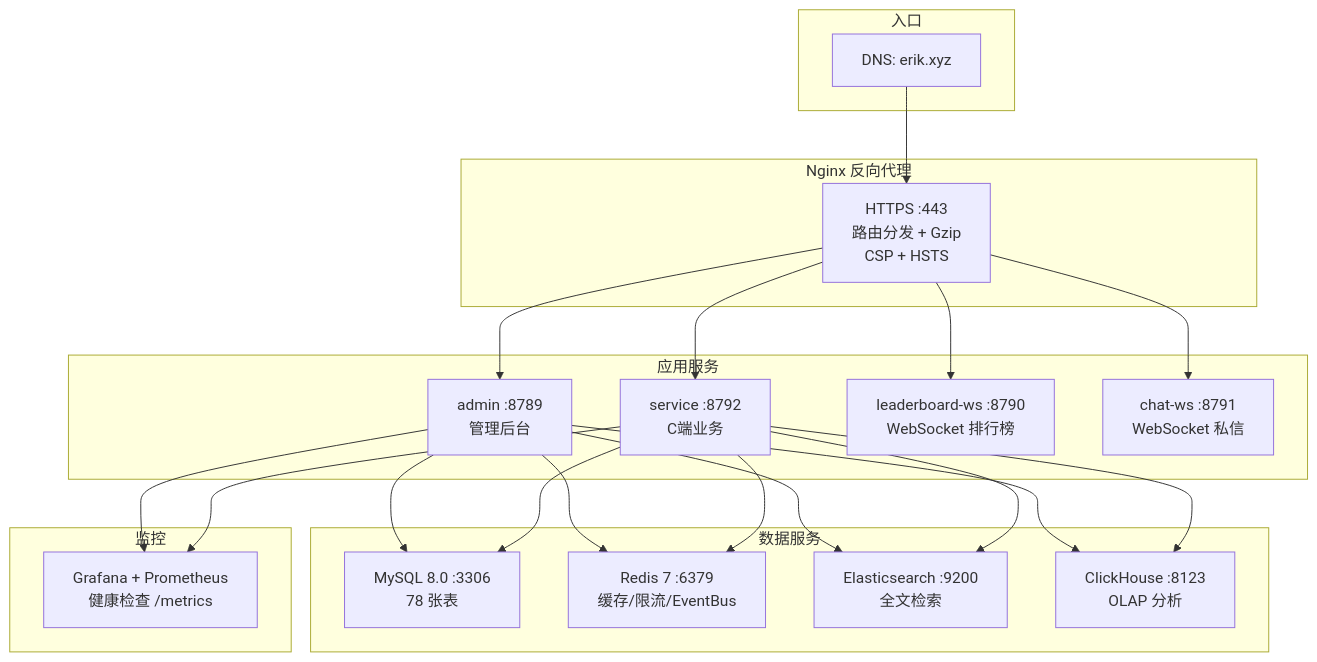
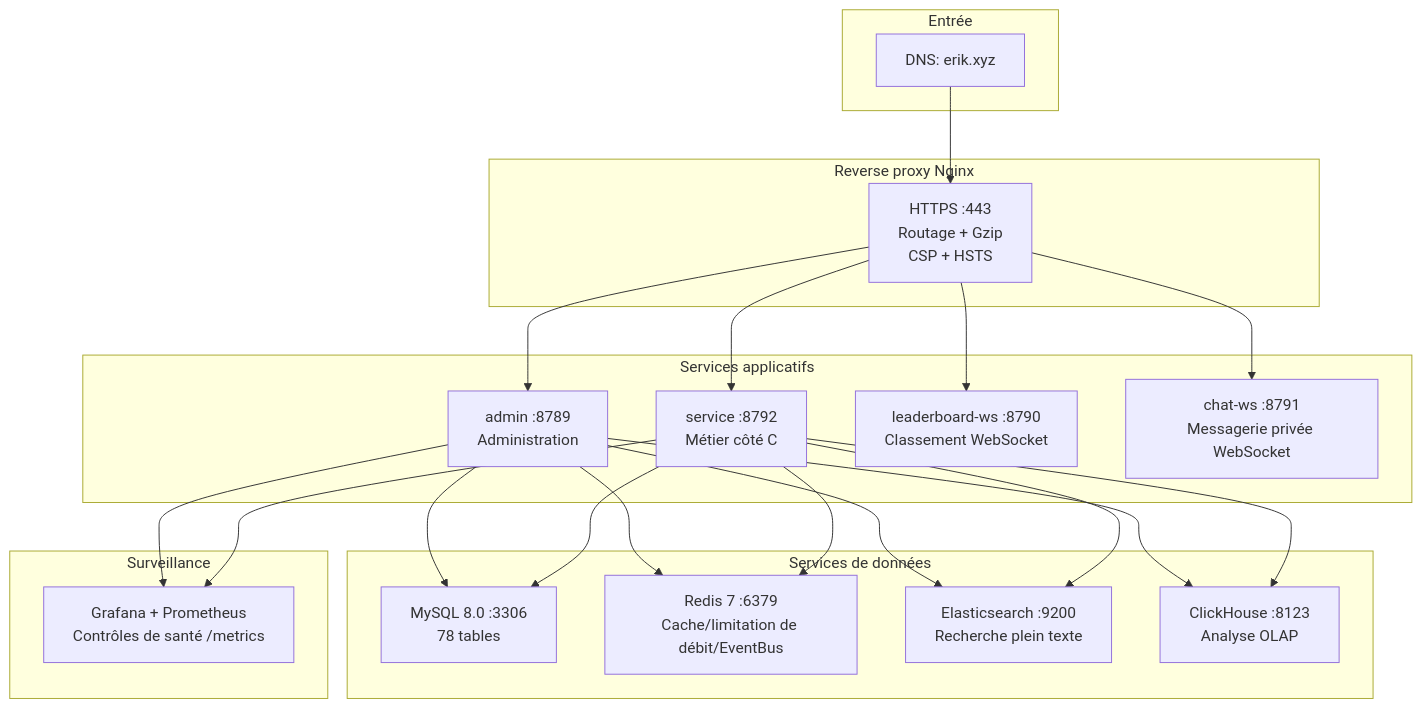
One commit to erikwang2013/game-platform-php changed the diagram in admin/docs/diagrams/12-deployment.fr.md. Above: the diagram before and after it, drawn with Mermaid. The commit also changed 211 other files, not shown here.

First line of the commit message:
fix: 支付配置读回类型根治、提现事件对账巡检，12 语族 mermaid 与 API 标签本地化

````diff
--- a/admin/docs/diagrams/12-deployment.fr.md
+++ b/admin/docs/diagrams/12-deployment.fr.md
@@ -7,33 +7,33 @@
 ```mermaid
 flowchart TB
-    subgraph "入口"
+    subgraph "Entrée"
         DNS["DNS: erik.xyz"]
     end
 
-    subgraph "Nginx 反向代理"
-        NGX["HTTPS :443<br/>路由分发 + Gzip<br/>CSP + HSTS"]
+    subgraph "Reverse proxy Nginx"
+        NGX["HTTPS :443<br/>Routage + Gzip<br/>CSP + HSTS"]
     end
 
-    subgraph "应用服务"
-        ADM["admin :8789<br/>管理后台"]
-        SVC["service :8792<br/>C端业务"]
-        LB["leaderboard-ws :8790<br/>WebSocket 排行榜"]
-        CHAT["chat-ws :8791<br/>WebSocket 私信"]
+    subgraph "Services applicatifs"
+        ADM["admin :8789<br/>Administration"]
+        SVC["service :8792<br/>Métier côté C"]
+        LB["leaderboard-ws :8790<br/>Classement WebSocket"]
+        CHAT["chat-ws :8791<br/>Messagerie privée WebSocket"]
     end
 
-    subgraph "数据服务"
-        MYSQL["MySQL 8.0 :3306<br/>78 张表"]
-        REDIS["Redis 7 :6379<br/>缓存/限流/EventBus"]
-        ES["Elasticsearch :9200<br/>全文检索"]
-        CH["ClickHouse :8123<br/>OLAP 分析"]
+    subgraph "Services de données"
+        MYSQL["MySQL 8.0 :3306<br/>78 tables"]
+        REDIS["Redis 7 :6379<br/>Cache/limitation de débit/EventBus"]
+        ES["Elasticsearch :9200<br/>Recherche plein texte"]
+        CH["ClickHouse :8123<br/>Analyse OLAP"]
     end
 
-    subgraph "监控"
-        MON["Grafana + Prometheus<br/>健康检查 /metrics"]
+    subgraph "Surveillance"
+        MON["Grafana + Prometheus<br/>Contrôles de santé /metrics"]
     end
 
     DNS --> NGX
     NGX --> ADM & SVC & LB & CHAT
     ADM & SVC --> MYSQL & REDIS & ES & CH
     ADM & SVC --> MON
 ```
````
